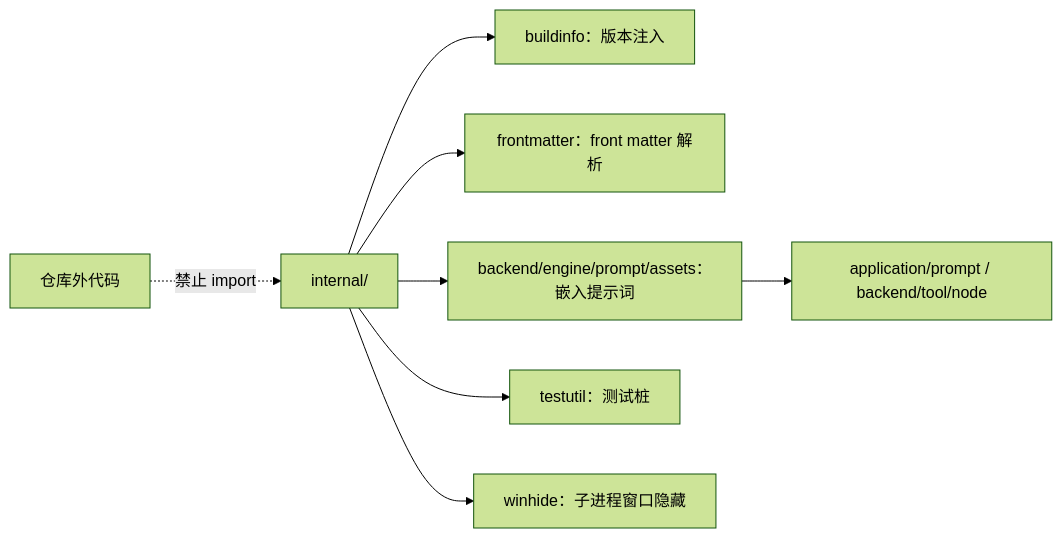
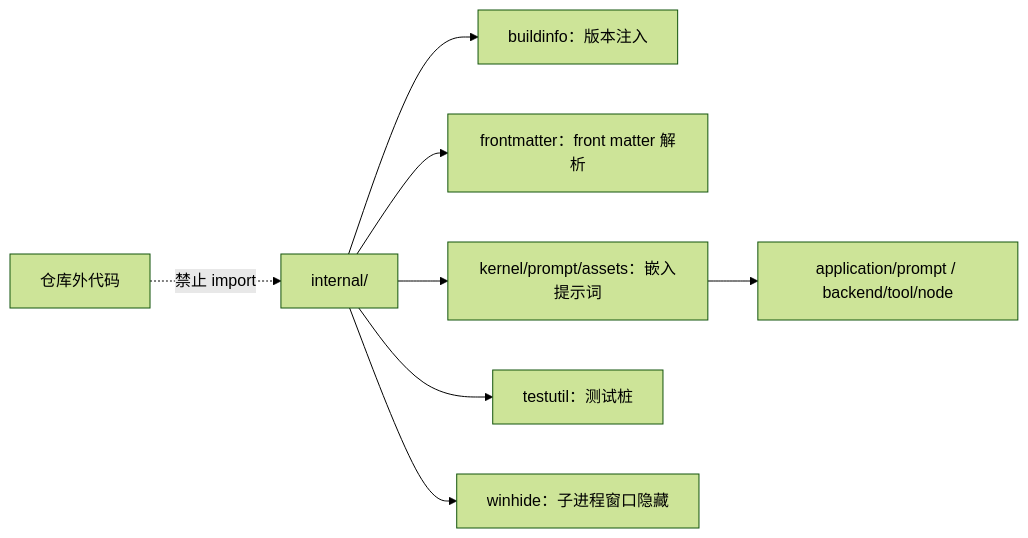
Before and after one commit to RedHuang-0622/seelex: the diagram in internal/README.md, drawn with Mermaid (forest theme). The commit also changed other lines of this file and 15 other files, not shown here.

Commit message:
docs(architecture): sync moved ownership references

````diff
--- a/internal/README.md
+++ b/internal/README.md
@@ -19,10 +19,10 @@
 ```mermaid
 flowchart LR
     OUT["仓库外代码"] -.->|禁止 import| INTERNAL["internal/"]
     INTERNAL --> B["buildinfo：版本注入"]
     INTERNAL --> F["frontmatter：front matter 解析"]
-    INTERNAL --> P["backend/engine/prompt/assets：嵌入提示词"]
+    INTERNAL --> P["kernel/prompt/assets：嵌入提示词"]
     INTERNAL --> T["testutil：测试桩"]
     INTERNAL --> W["winhide：子进程窗口隐藏"]
     P --> PROMPT["application/prompt / backend/tool/node"]
 ```
````
